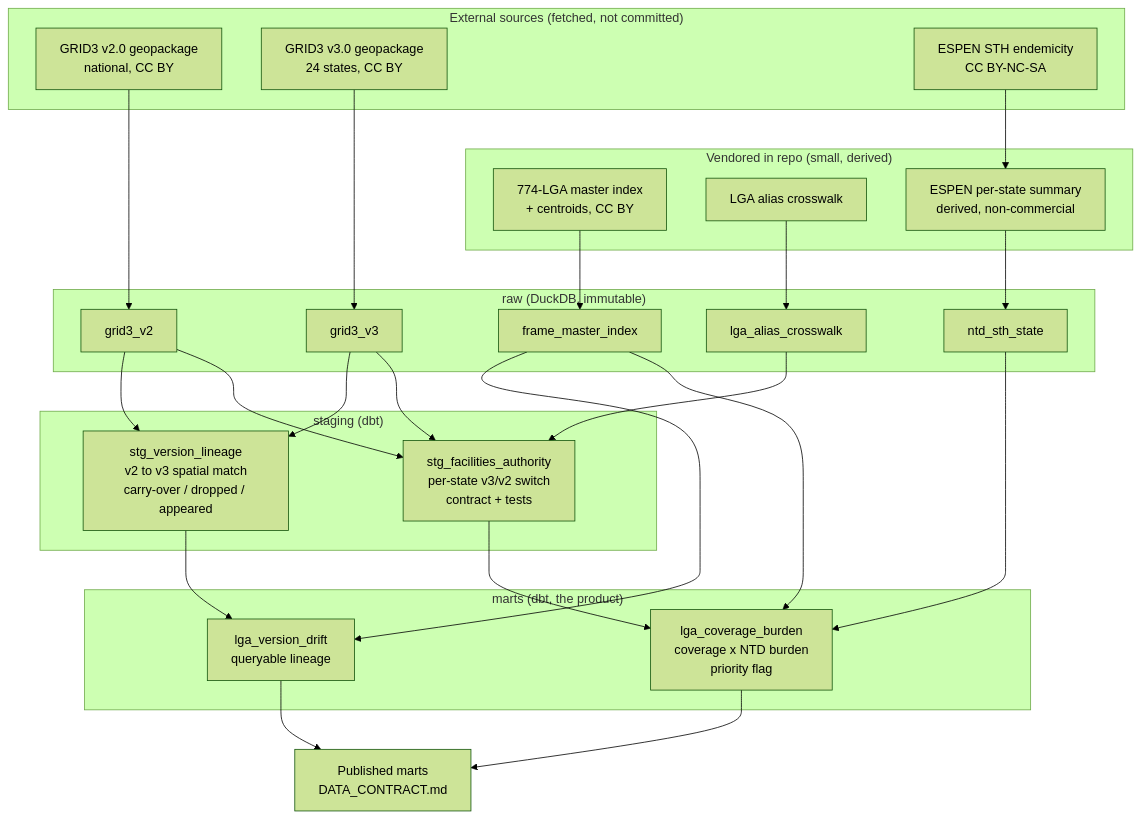
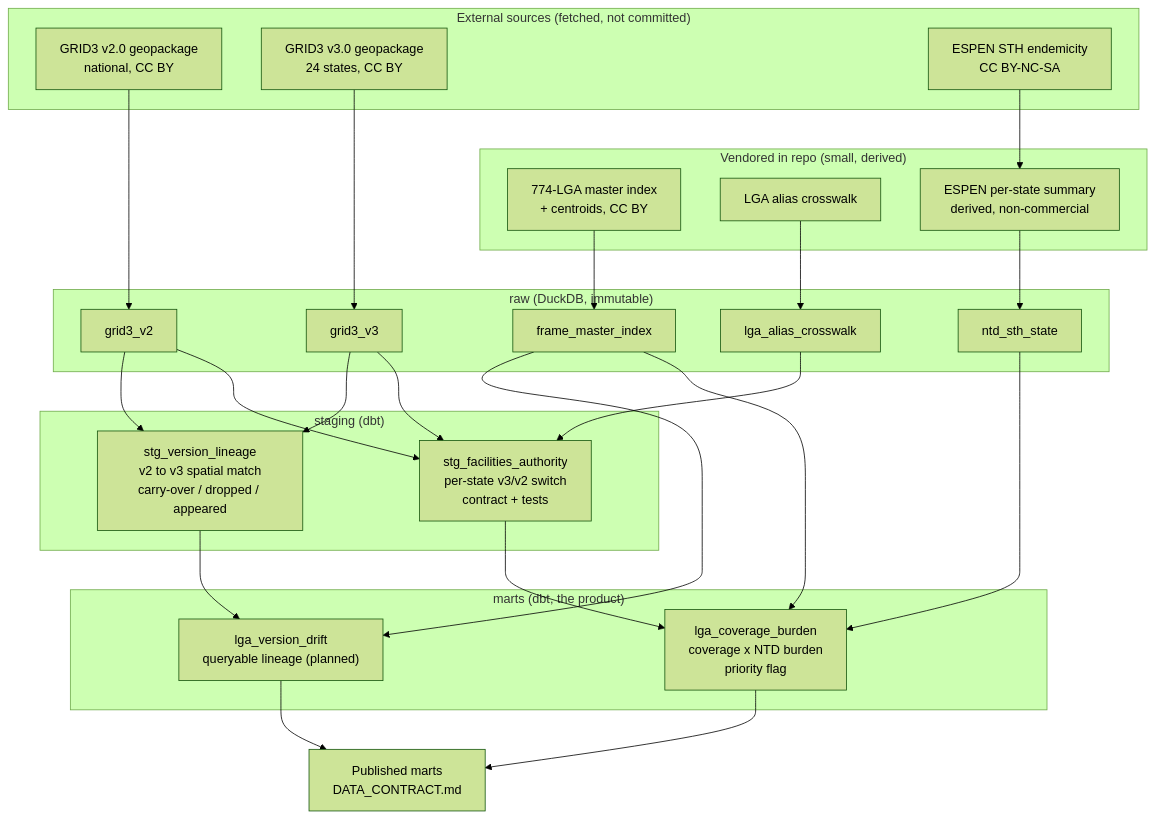
Before and after one commit to Behordeun/nigeria-facility-register: the first of 3 diagrams in docs/ARCHITECTURE.md, drawn with Mermaid (forest theme). The commit also changed 13 other files, not shown here.

````diff
--- a/docs/ARCHITECTURE.md
+++ b/docs/ARCHITECTURE.md
@@ -7,53 +7,53 @@
 ```mermaid
 flowchart TD
     subgraph sources["External sources (fetched, not committed)"]
         G2["GRID3 v2.0 geopackage<br/>national, CC BY"]
         G3["GRID3 v3.0 geopackage<br/>24 states, CC BY"]
         ES["ESPEN STH endemicity<br/>CC BY-NC-SA"]
     end
 
     subgraph vendored["Vendored in repo (small, derived)"]
         FR["774-LGA master index<br/>+ centroids, CC BY"]
         XW["LGA alias crosswalk"]
         NB["ESPEN per-state summary<br/>derived, non-commercial"]
     end
 
     subgraph raw["raw (DuckDB, immutable)"]
         R2["grid3_v2"]
         R3["grid3_v3"]
         RF["frame_master_index"]
         RX["lga_alias_crosswalk"]
         RN["ntd_sth_state"]
     end
 
     subgraph staging["staging (dbt)"]
         AUTH["stg_facilities_authority<br/>per-state v3/v2 switch<br/>contract + tests"]
         LIN["stg_version_lineage<br/>v2 to v3 spatial match<br/>carry-over / dropped / appeared"]
     end
 
     subgraph marts["marts (dbt, the product)"]
         COV["lga_coverage_burden<br/>coverage x NTD burden<br/>priority flag"]
-        LINM["lga_version_drift<br/>queryable lineage"]
+        LINM["lga_version_drift<br/>queryable lineage (planned)"]
     end
 
     G2 --> R2
     G3 --> R3
     FR --> RF
     XW --> RX
     ES --> NB --> RN
 
     R2 --> AUTH
     R3 --> AUTH
     R2 --> LIN
     R3 --> LIN
     RX --> AUTH
 
     AUTH --> COV
     RF --> COV
     RN --> COV
     LIN --> LINM
     RF --> LINM
 
     COV --> OUT["Published marts<br/>DATA_CONTRACT.md"]
     LINM --> OUT
 ```
````
